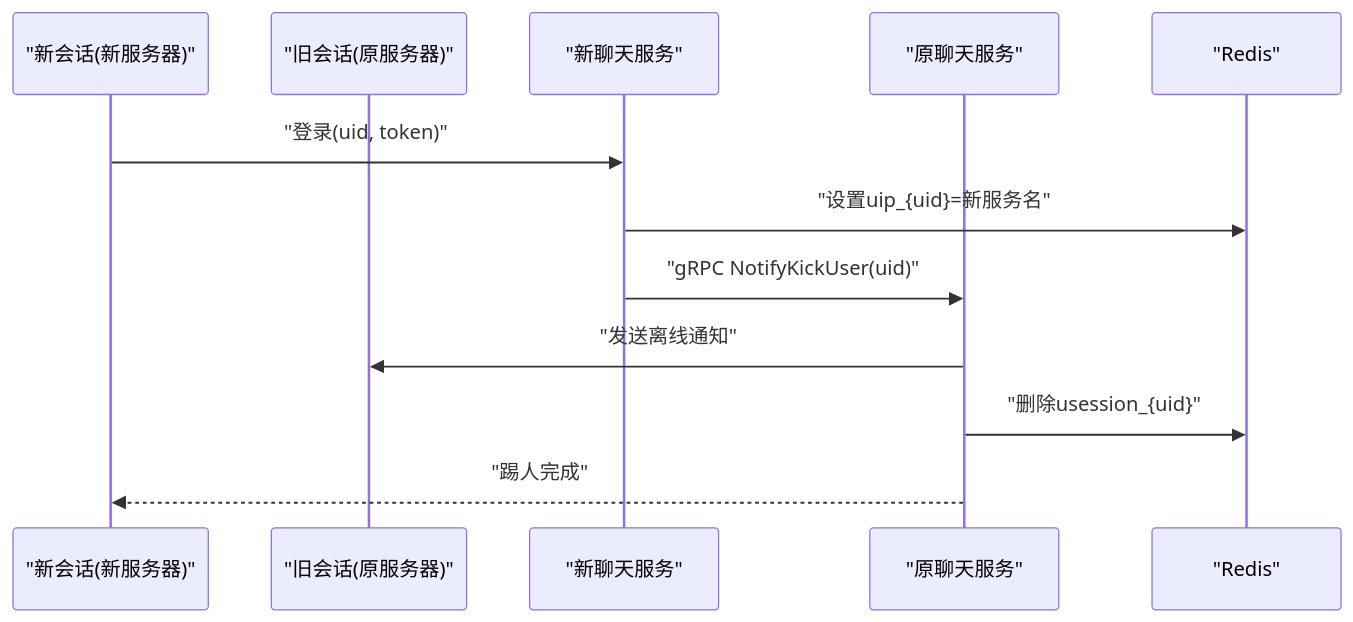
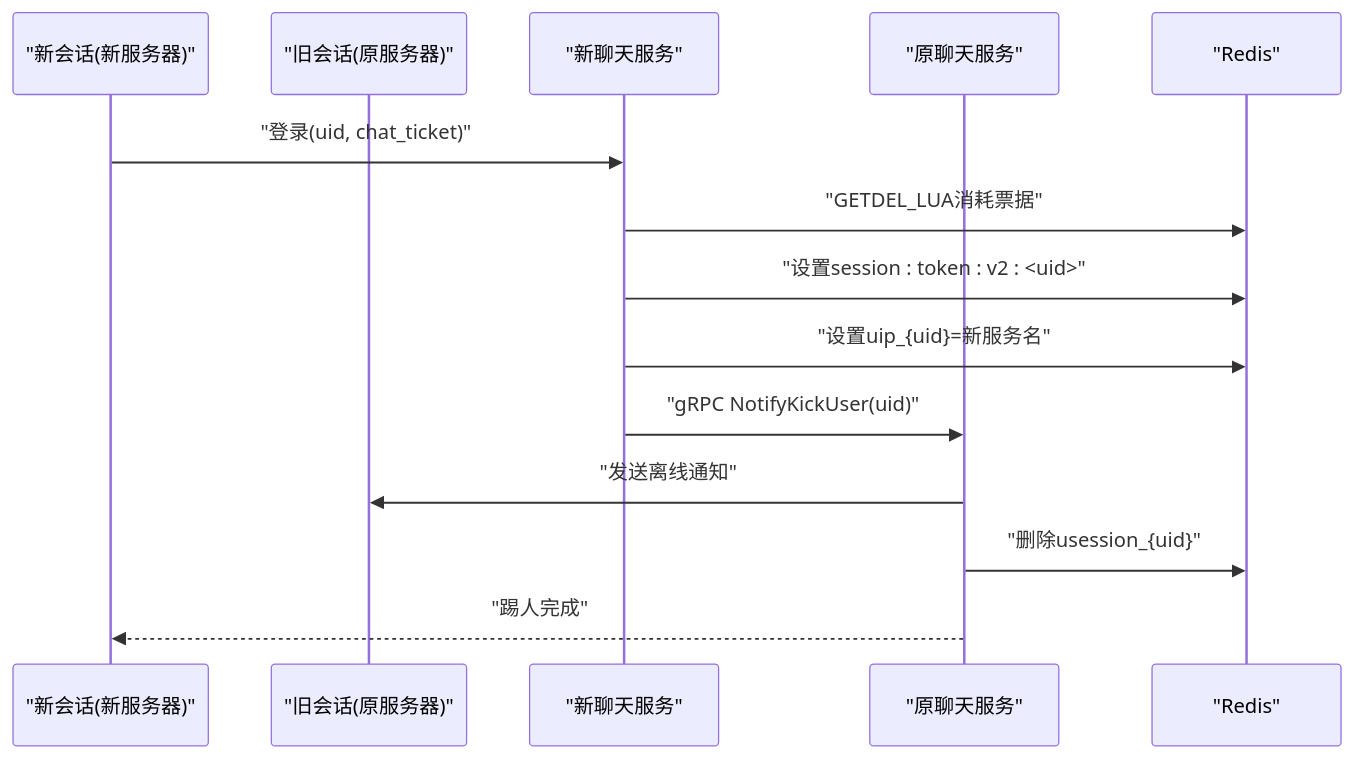
Before and after one commit to echo9923/mychatter: the sixth of 9 diagrams in .qoder/repowiki/zh/content/安全设计/数据安全保护/会话管理安全.md, drawn with Mermaid. The commit also changed other lines of this file and 107 other files, not shown here.

````diff
--- a/.qoder/repowiki/zh/content/安全设计/数据安全保护/会话管理安全.md
+++ b/.qoder/repowiki/zh/content/安全设计/数据安全保护/会话管理安全.md
@@ -198,14 +238,16 @@
 ```mermaid
 sequenceDiagram
 participant NewSess as "新会话(新服务器)"
 participant OldSess as "旧会话(原服务器)"
 participant ChatNew as "新聊天服务"
 participant ChatOld as "原聊天服务"
 participant Redis as "Redis"
-NewSess->>ChatNew : "登录(uid, token)"
+NewSess->>ChatNew : "登录(uid, chat_ticket)"
+ChatNew->>Redis : "GETDEL_LUA消耗票据"
+ChatNew->>Redis : "设置session : token : v2 : <uid>"
 ChatNew->>Redis : "设置uip_{uid}=新服务名"
 ChatNew->>ChatOld : "gRPC NotifyKickUser(uid)"
 ChatOld->>OldSess : "发送离线通知"
 ChatOld->>Redis : "删除usession_{uid}"
 ChatOld-->>NewSess : "踢人完成"
 ```
````
